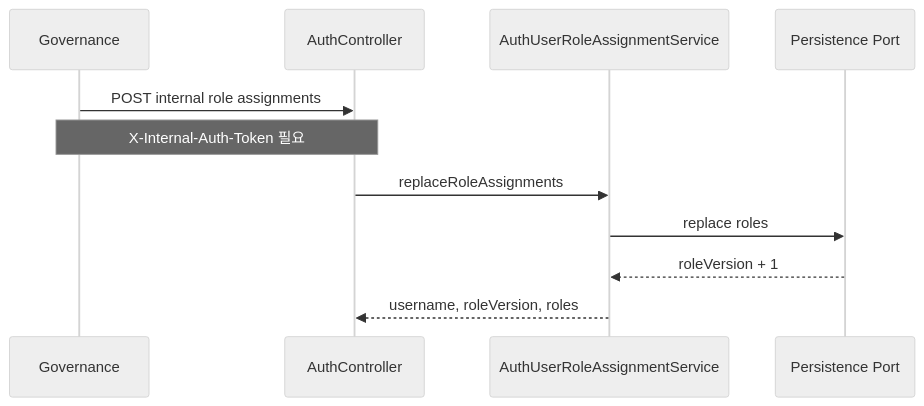
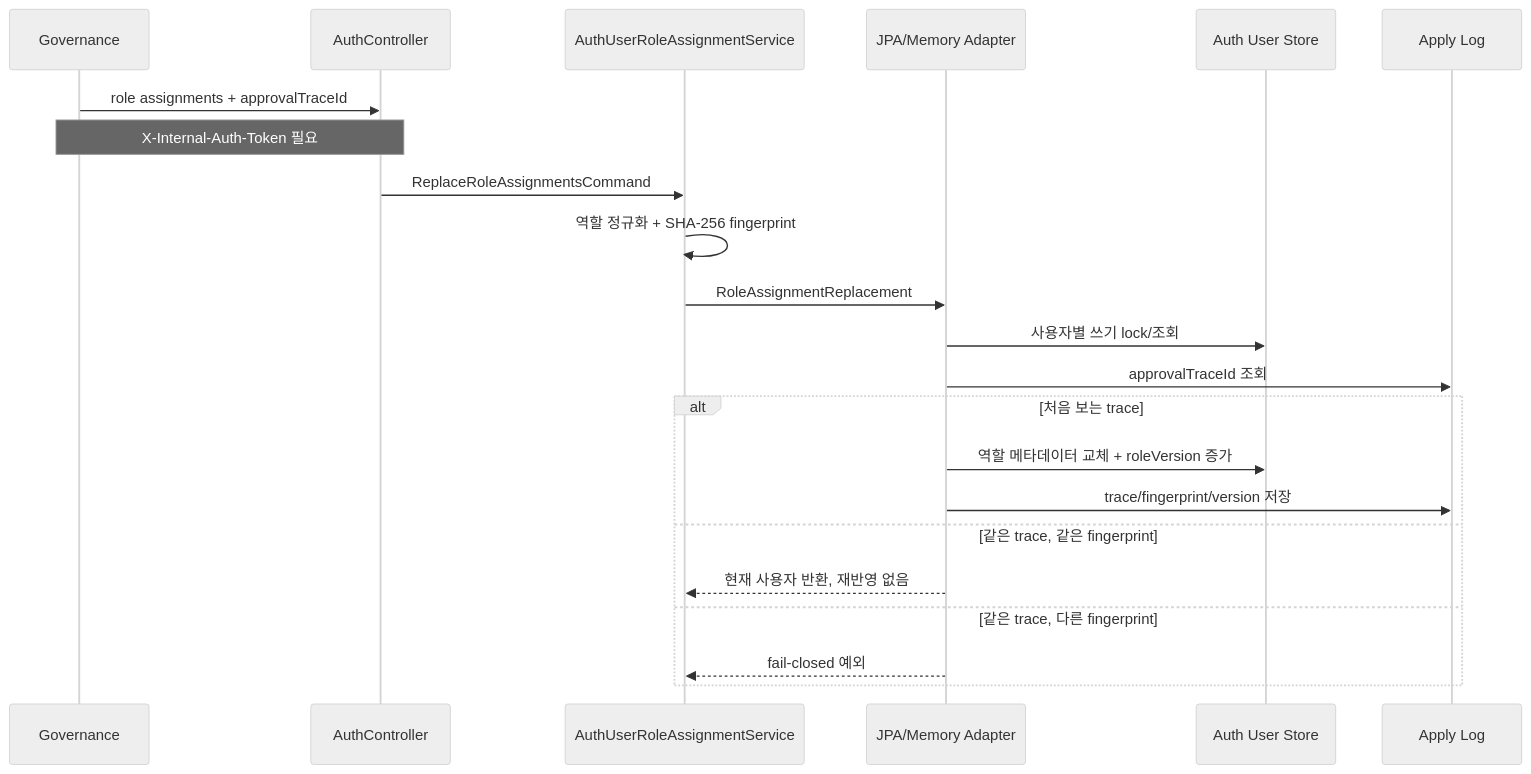
The second of 2 diagrams in auth/docs/process-flow.md (skyg547/account), drawn with Mermaid (neutral theme) before and after one commit. The commit also changed other lines of this file and 46 other files, not shown here.

Commit message:
Harden auth role assignment and token snapshots

````diff
--- a/auth/docs/process-flow.md
+++ b/auth/docs/process-flow.md
@@ -35,14 +41,25 @@
 ```mermaid
 sequenceDiagram
     participant Gov as Governance
     participant API as AuthController
     participant Service as AuthUserRoleAssignmentService
-    participant Port as Persistence Port
+    participant Adapter as JPA/Memory Adapter
+    participant User as Auth User Store
+    participant Log as Apply Log
 
-    Gov->>API: POST internal role assignments
+    Gov->>API: role assignments + approvalTraceId
     Note over Gov,API: X-Internal-Auth-Token 필요
-    API->>Service: replaceRoleAssignments
-    Service->>Port: replace roles
-    Port-->>Service: roleVersion + 1
-    Service-->>API: username, roleVersion, roles
+    API->>Service: ReplaceRoleAssignmentsCommand
+    Service->>Service: 역할 정규화 + SHA-256 fingerprint
+    Service->>Adapter: RoleAssignmentReplacement
+    Adapter->>User: 사용자별 쓰기 lock/조회
+    Adapter->>Log: approvalTraceId 조회
+    alt 처음 보는 trace
+        Adapter->>User: 역할 메타데이터 교체 + roleVersion 증가
+        Adapter->>Log: trace/fingerprint/version 저장
+    else 같은 trace, 같은 fingerprint
+        Adapter-->>Service: 현재 사용자 반환, 재반영 없음
+    else 같은 trace, 다른 fingerprint
+        Adapter-->>Service: fail-closed 예외
+    end
 ```
````
